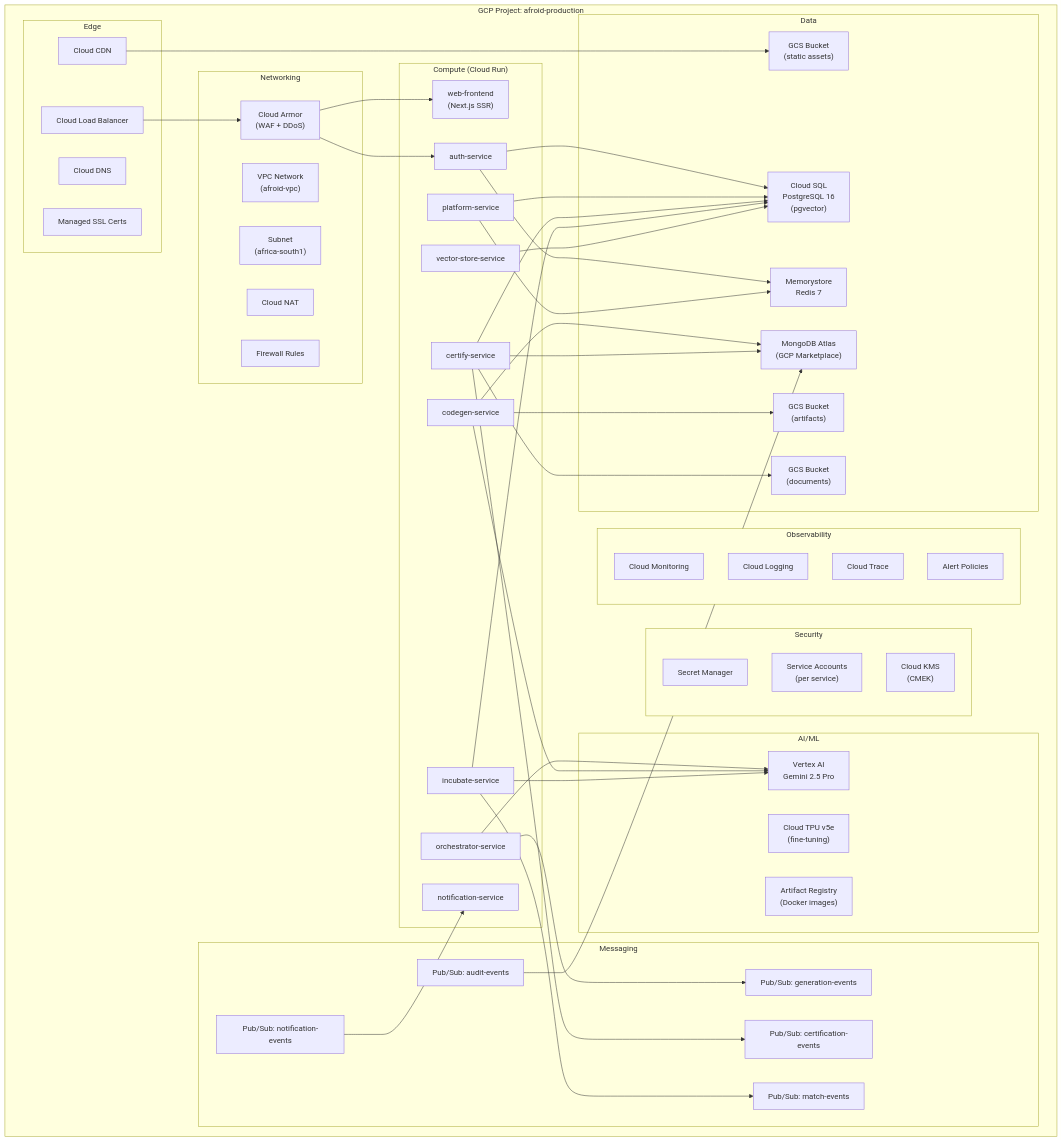
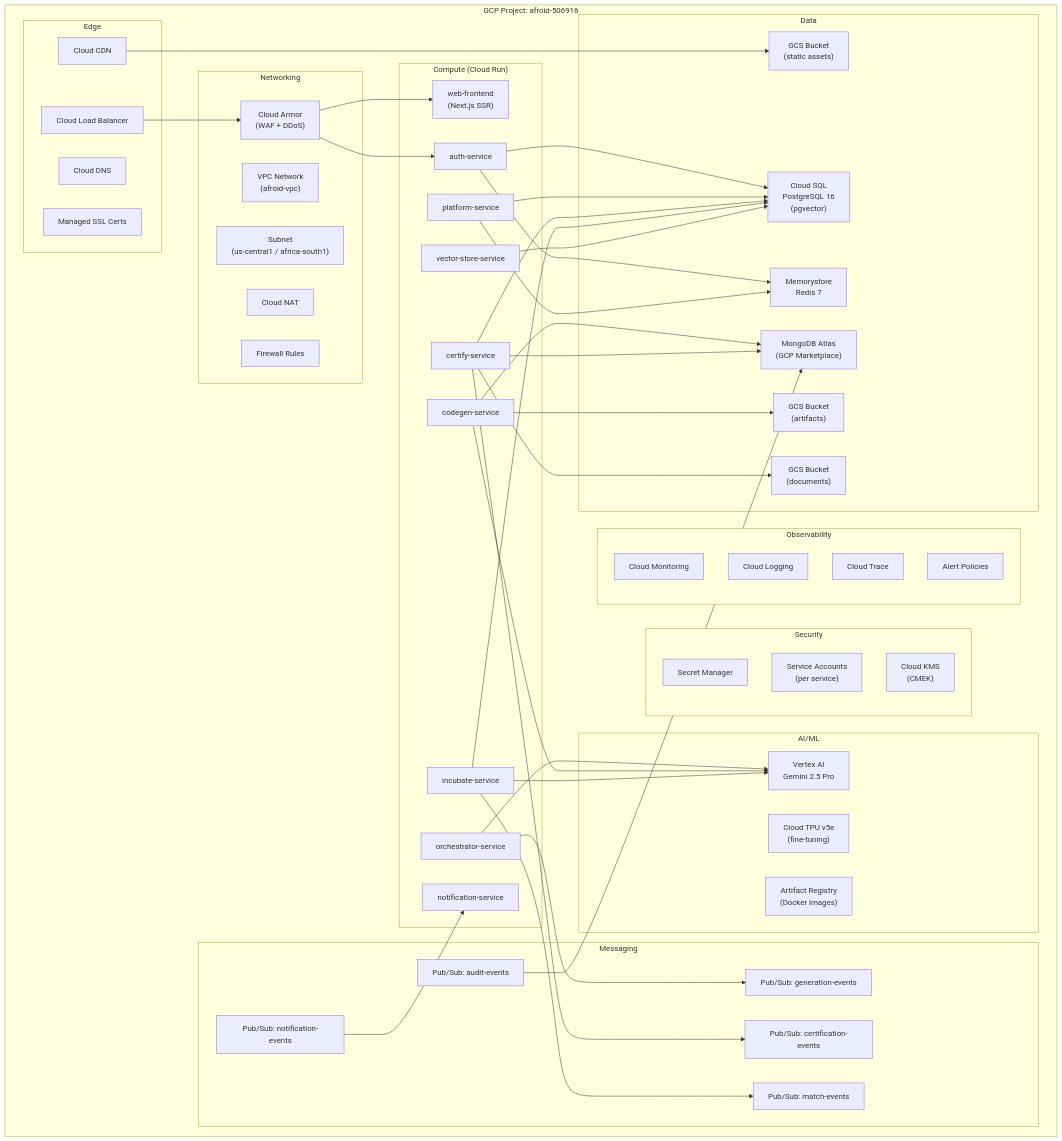
The diagram in blueprints/09-INFRASTRUCTURE.md (enrolconsultancy1-hue/Afroid), drawn with Mermaid before and after one commit. The commit also changed other lines of this file and 10 other files, not shown here.

Commit message:
feat: global architecture transformation, project id migration to afroid-506916, and uv dependency-groups migration

````diff
--- a/blueprints/09-INFRASTRUCTURE.md
+++ b/blueprints/09-INFRASTRUCTURE.md
@@ -10,9 +10,9 @@
 ```mermaid
 graph TB
-    subgraph "GCP Project: afroid-production"
+    subgraph "GCP Project: afroid-506916"
         subgraph "Networking"
             VPC["VPC Network<br/>(afroid-vpc)"]
-            SUB["Subnet<br/>(africa-south1)"]
+            SUB["Subnet<br/>(us-central1 / africa-south1)"]
             NAT["Cloud NAT"]
             FW["Firewall Rules"]
             ARMOR["Cloud Armor<br/>(WAF + DDoS)"]
````
